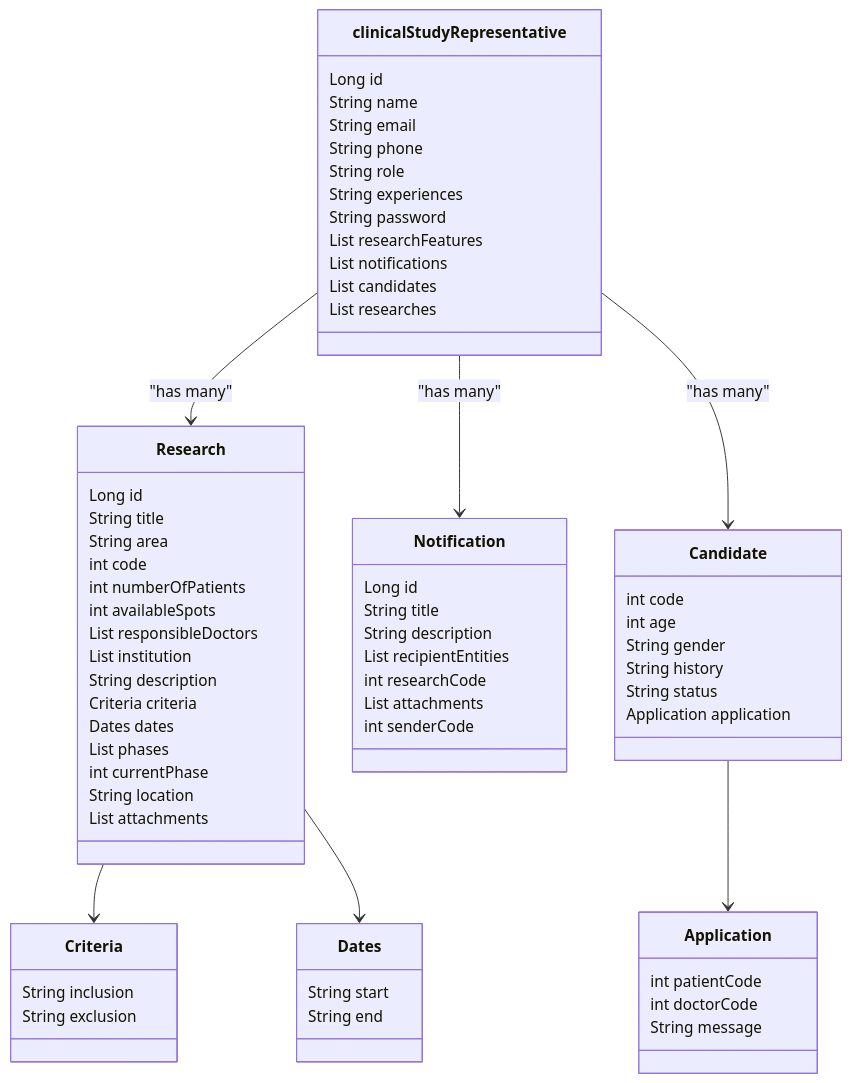
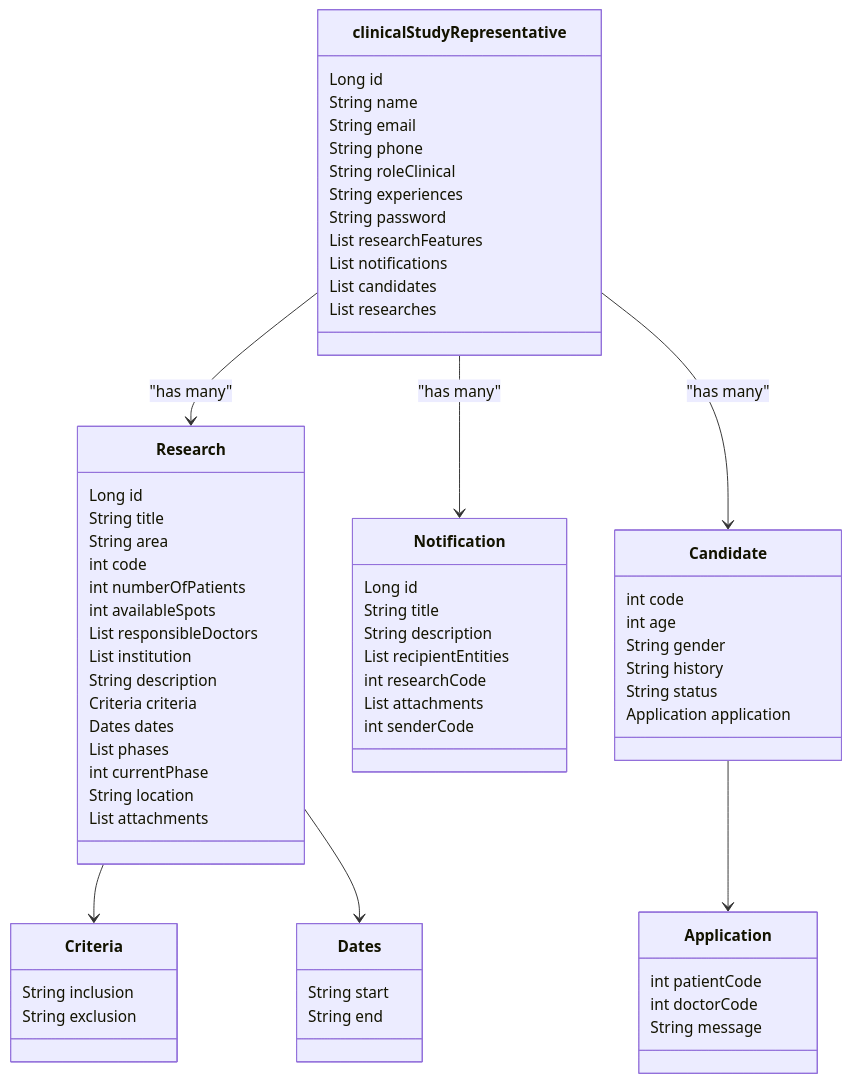
One commit to andrefilipe1310/inovamed- changed the third of 16 diagrams in README.md. Above: the diagram before and after it, drawn with Mermaid.

````diff
--- a/README.md
+++ b/README.md
@@ -49,78 +49,78 @@
 ```mermaid
 classDiagram
     class clinicalStudyRepresentative {
         Long id
         String name
         String email
         String phone
-        String role
+        String roleClinical
         String experiences
         String password
         List<Research> researchFeatures
         List<Notification> notifications
         List<Candidate> candidates
         List<Research> researches
     }
 
     class Research {
         Long id
         String title
         String area
         int code
         int numberOfPatients
         int availableSpots
         List<String> responsibleDoctors
         List<String> institution
         String description
         Criteria criteria
         Dates dates
         List<String> phases
         int currentPhase
         String location
         List<String> attachments
     }
 
     class Criteria {
         String inclusion
         String exclusion
     }
 
     class Dates {
         String start
         String end
     }
 
     class Notification {
         Long id
         String title
         String description
         List<Long> recipientEntities
         int researchCode
         List<String> attachments
         int senderCode
     }
 
     class Candidate {
         int code
         int age
         String gender
         String history
         String status
         Application application
     }
 
     class Application {
         int patientCode
         int doctorCode
         String message
     }
 
     %% Relations
     clinicalStudyRepresentative --> Research : "has many"
     clinicalStudyRepresentative --> Notification : "has many"
     clinicalStudyRepresentative --> Candidate : "has many"
     Research --> Criteria
     Research --> Dates
     Candidate --> Application
 
 ```
````
